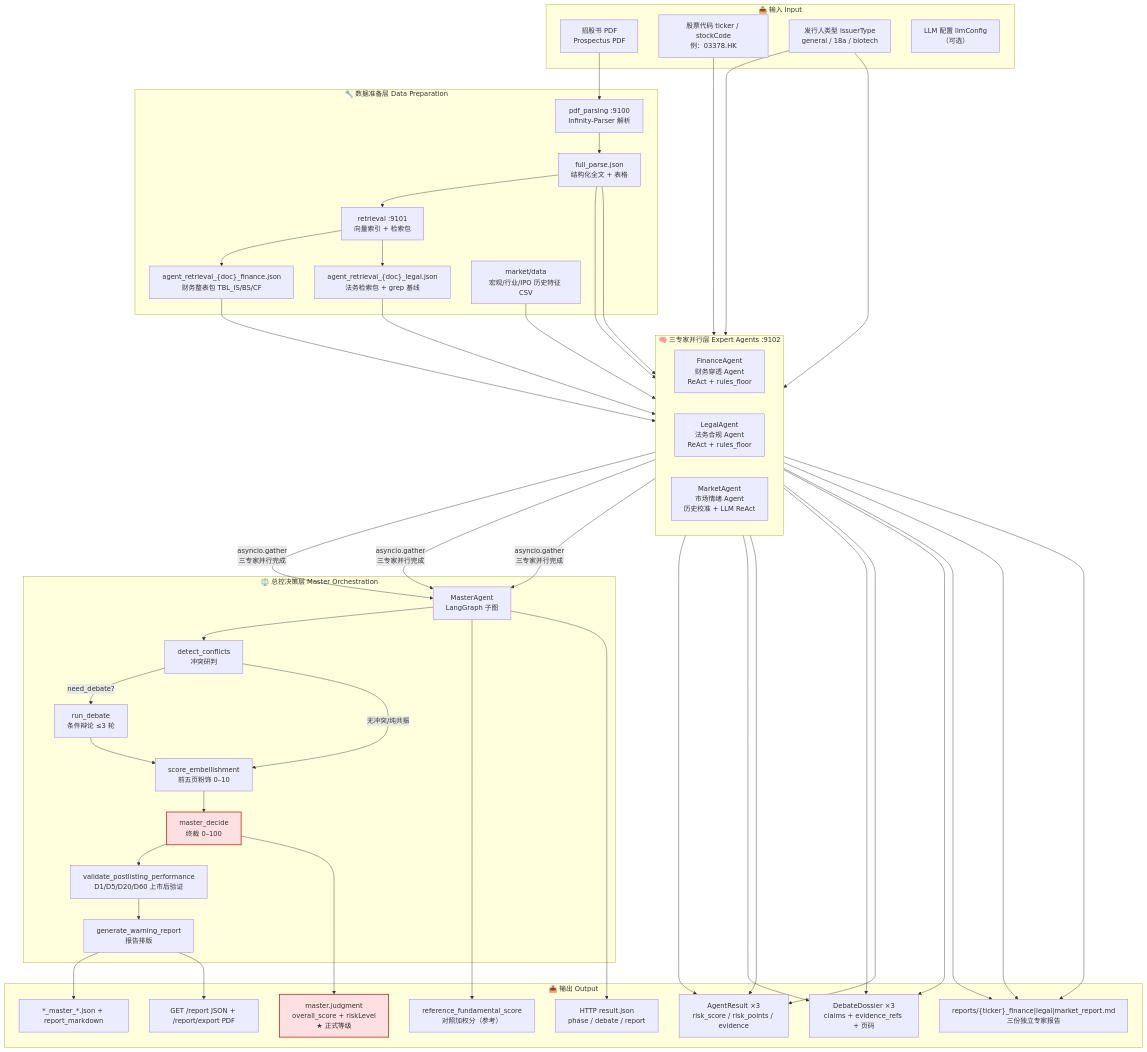
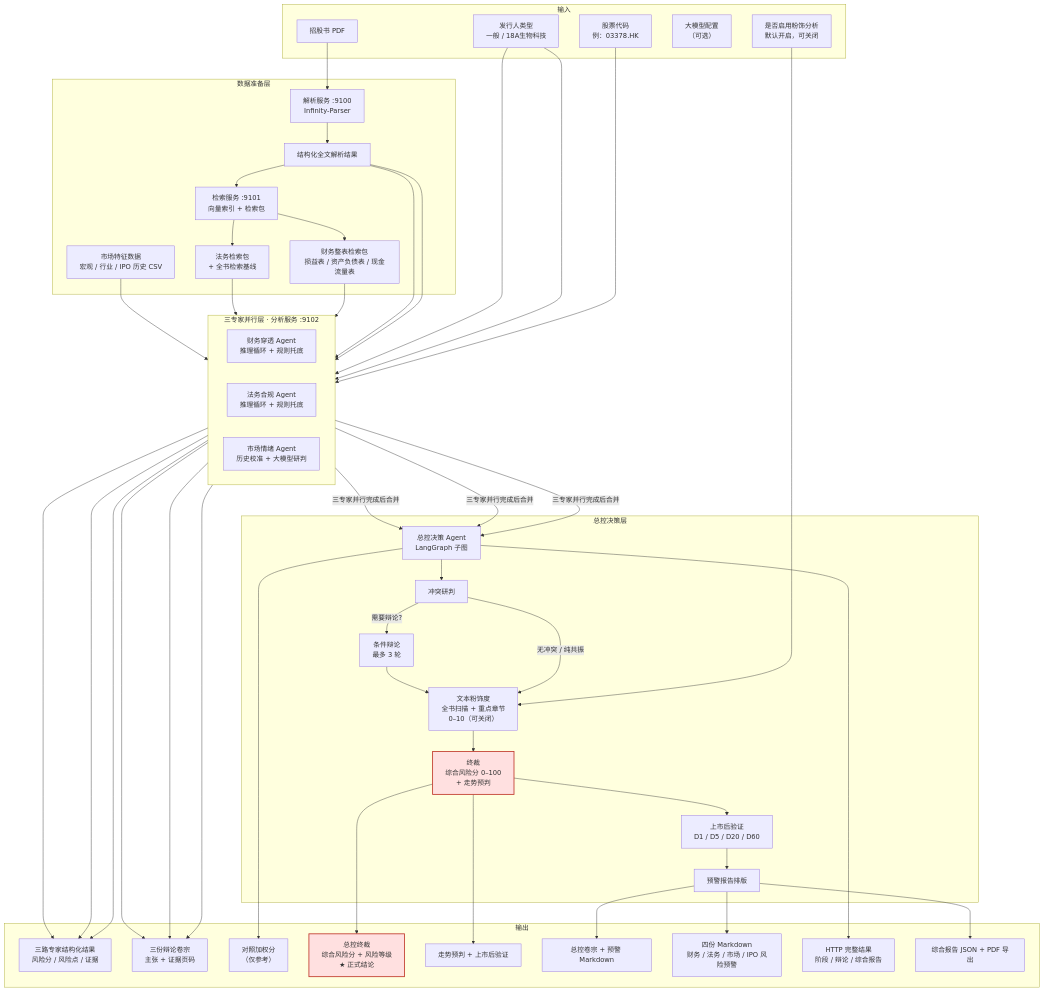
The first of 8 diagrams in agents/hk_ipo_risk/docs/multi_agent_architecture_diagrams.md (uianian/IPOI), drawn with Mermaid before and after one commit. The commit also changed other lines of this file, not shown here.

First line of the commit message:
docs: 中文化多智能体架构图并补充字段口径对照表

````diff
--- a/agents/hk_ipo_risk/docs/multi_agent_architecture_diagrams.md
+++ b/agents/hk_ipo_risk/docs/multi_agent_architecture_diagrams.md
@@ -11,75 +48,77 @@
 ```mermaid
 flowchart TB
-    subgraph INPUT["📥 输入 Input"]
-        I1["招股书 PDF<br/>Prospectus PDF"]
-        I2["股票代码 ticker / stockCode<br/>例：03378.HK"]
-        I3["发行人类型 issuerType<br/>general / 18a / biotech"]
-        I4["LLM 配置 llmConfig<br/>（可选）"]
+    subgraph INPUT["输入"]
+        I1["招股书 PDF"]
+        I2["股票代码<br/>例：03378.HK"]
+        I3["发行人类型<br/>一般 / 18A生物科技"]
+        I4["大模型配置<br/>（可选）"]
+        I5["是否启用粉饰分析<br/>默认开启，可关闭"]
     end
 
-    subgraph PREP["🔧 数据准备层 Data Preparation"]
-        P1["pdf_parsing :9100<br/>Infinity-Parser 解析"]
-        P2["full_parse.json<br/>结构化全文 + 表格"]
-        P3["retrieval :9101<br/>向量索引 + 检索包"]
-        P4["agent_retrieval_{doc}_finance.json<br/>财务整表包 TBL_IS/BS/CF"]
-        P5["agent_retrieval_{doc}_legal.json<br/>法务检索包 + grep 基线"]
-        P6["market/data<br/>宏观/行业/IPO 历史特征 CSV"]
+    subgraph PREP["数据准备层"]
+        P1["解析服务 :9100<br/>Infinity-Parser"]
+        P2["结构化全文解析结果"]
+        P3["检索服务 :9101<br/>向量索引 + 检索包"]
+        P4["财务整表检索包<br/>损益表 / 资产负债表 / 现金流量表"]
+        P5["法务检索包<br/>+ 全书检索基线"]
+        P6["市场特征数据<br/>宏观 / 行业 / IPO 历史 CSV"]
     end
 
-    subgraph EXPERTS["🧠 三专家并行层 Expert Agents :9102"]
+    subgraph EXPERTS["三专家并行层 · 分析服务 :9102"]
         direction LR
-        E1["FinanceAgent<br/>财务穿透 Agent<br/>ReAct + rules_floor"]
-        E2["LegalAgent<br/>法务合规 Agent<br/>ReAct + rules_floor"]
-        E3["MarketAgent<br/>市场情绪 Agent<br/>历史校准 + LLM ReAct"]
+        E1["财务穿透 Agent<br/>推理循环 + 规则托底"]
+        E2["法务合规 Agent<br/>推理循环 + 规则托底"]
+        E3["市场情绪 Agent<br/>历史校准 + 大模型研判"]
     end
 
-    subgraph MASTER["⚖️ 总控决策层 Master Orchestration"]
-        M1["MasterAgent<br/>LangGraph 子图"]
-        M2["detect_conflicts<br/>冲突研判"]
-        M3["run_debate<br/>条件辩论 ≤3 轮"]
-        M4["score_embellishment<br/>前五页粉饰 0–10"]
-        M5["master_decide<br/>终裁 0–100"]
-        M6["validate_postlisting_performance<br/>D1/D5/D20/D60 上市后验证"]
-        M7["generate_warning_report<br/>报告排版"]
+    subgraph MASTER["总控决策层"]
+        M1["总控决策 Agent<br/>LangGraph 子图"]
+        M2["冲突研判"]
+        M3["条件辩论<br/>最多 3 轮"]
+        M4["文本粉饰度<br/>全书扫描 + 重点章节<br/>0–10（可关闭）"]
+        M5["终裁<br/>综合风险分 0–100<br/>+ 走势预判"]
+        M6["上市后验证<br/>D1 / D5 / D20 / D60"]
+        M7["预警报告排版"]
     end
 
-    subgraph OUTPUT["📤 输出 Output"]
-        O1["AgentResult ×3<br/>risk_score / risk_points / evidence"]
-        O2["DebateDossier ×3<br/>claims + evidence_refs + 页码"]
-        O3["reference_fundamental_score<br/>对照加权分（参考）"]
-        O4["master.judgment<br/>overall_score + riskLevel<br/>★ 正式等级"]
-        O5["*_master_*.json + report_markdown"]
-        O6["HTTP result.json<br/>phase / debate / report"]
-        O7["reports/{ticker}_finance|legal|market_report.md<br/>三份独立专家报告"]
-        O8["GET /report JSON + /report/export PDF"]
+    subgraph OUTPUT["输出"]
+        O1["三路专家结构化结果<br/>风险分 / 风险点 / 证据"]
+        O2["三份辩论卷宗<br/>主张 + 证据页码"]
+        O3["对照加权分<br/>（仅参考）"]
+        O4["总控终裁<br/>综合风险分 + 风险等级<br/>★ 正式结论"]
+        O5["走势预判 + 上市后验证"]
+        O6["总控卷宗 + 预警 Markdown"]
+        O7["四份 Markdown<br/>财务 / 法务 / 市场 / IPO 风险预警"]
+        O8["HTTP 完整结果<br/>阶段 / 辩论 / 综合报告"]
+        O9["综合报告 JSON + PDF 导出"]
     end
 
     I1 --> P1 --> P2
     P2 --> P3
     P3 --> P4 & P5
     I2 --> E3
     I3 --> E1 & E2
+    I5 --> M4
     P2 --> E1 & E2
     P4 --> E1
     P5 --> E2
     P6 --> E3
 
-    E1 & E2 & E3 -->|"asyncio.gather<br/>三专家并行完成"| M1
+    E1 & E2 & E3 -->|"三专家并行完成后合并"| M1
     M1 --> M2
-    M2 -->|"need_debate?"| M3
-    M2 -->|"无冲突/纯共振"| M4
+    M2 -->|"需要辩论?"| M3
+    M2 -->|"无冲突 / 纯共振"| M4
     M3 --> M4 --> M5 --> M6 --> M7
 
     E1 --> O1 & O2
     E2 --> O1 & O2
     E3 --> O1 & O2
     M1 --> O3
-    M5 --> O4
-    M7 --> O5
-    M1 --> O6
-    M7 --> O8
-    E1 & E2 & E3 --> O7
+    M5 --> O4 & O5
+    M7 --> O6 & O7
+    M1 --> O8
+    M7 --> O9
 
     style O4 fill:#ffe0e0,stroke:#c0392b,stroke-width:2px
     style M5 fill:#ffe0e0,stroke:#c0392b,stroke-width:2px
 ```
````
